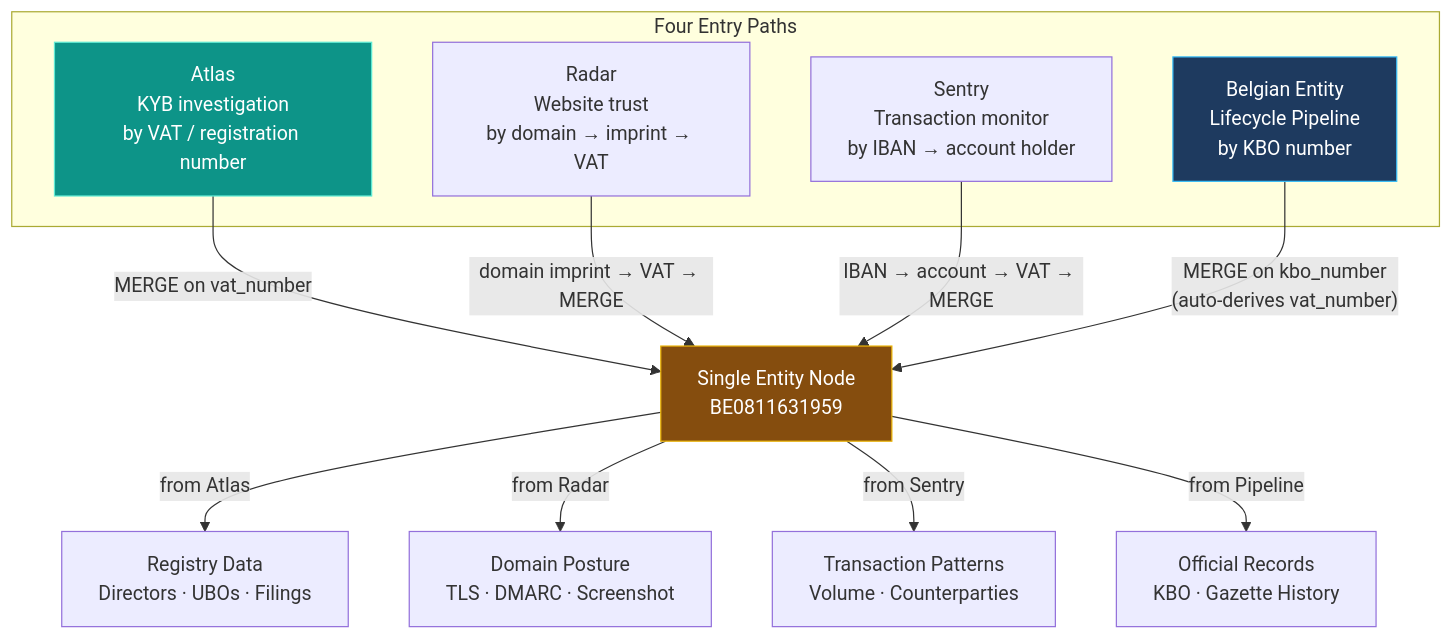
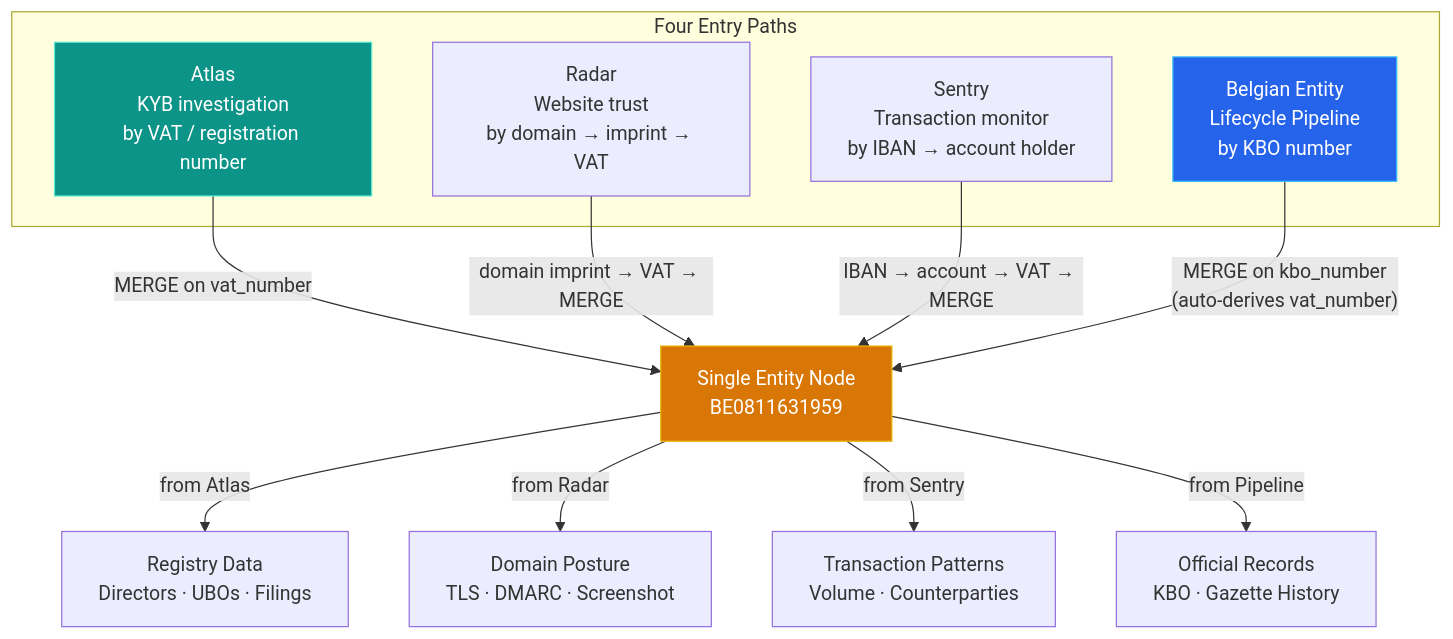
The sixth of 6 diagrams in docs/architecture/ontology-layer.md (Tsunami-max/trust-relay-docs), drawn with Mermaid before and after one commit. The commit also changed other lines of this file and 24 other files, not shown here.

````diff
--- a/docs/architecture/ontology-layer.md
+++ b/docs/architecture/ontology-layer.md
@@ -468,23 +468,23 @@
 ```mermaid
 graph TD
     subgraph Entry["Four Entry Paths"]
         ATL["Atlas<br/>KYB investigation<br/>by VAT / registration number"]
         RAD["Radar<br/>Website trust<br/>by domain → imprint → VAT"]
         SEN["Sentry<br/>Transaction monitor<br/>by IBAN → account holder"]
         KBO["Belgian Entity<br/>Lifecycle Pipeline<br/>by KBO number"]
     end
 
     ATL -->|"MERGE on vat_number"| E["Single Entity Node<br/>BE0811631959"]
     RAD -->|"domain imprint → VAT → MERGE"| E
     SEN -->|"IBAN → account → VAT → MERGE"| E
     KBO -->|"MERGE on kbo_number<br/>(auto-derives vat_number)"| E
 
     E -->|"from Atlas"| EV1["Registry Data<br/>Directors · UBOs · Filings"]
     E -->|"from Radar"| EV2["Domain Posture<br/>TLS · DMARC · Screenshot"]
     E -->|"from Sentry"| EV3["Transaction Patterns<br/>Volume · Counterparties"]
     E -->|"from Pipeline"| EV4["Official Records<br/>KBO · Gazette History"]
 
-    style E fill:#854d0e,stroke:#eab308,color:#fff
+    style E fill:#d97706,stroke:#eab308,color:#fff
     style ATL fill:#0d9488,stroke:#5eead4,color:#fff
-    style KBO fill:#1e3a5f,stroke:#38bdf8,color:#fff
+    style KBO fill:#2563eb,stroke:#38bdf8,color:#fff
 ```
````
